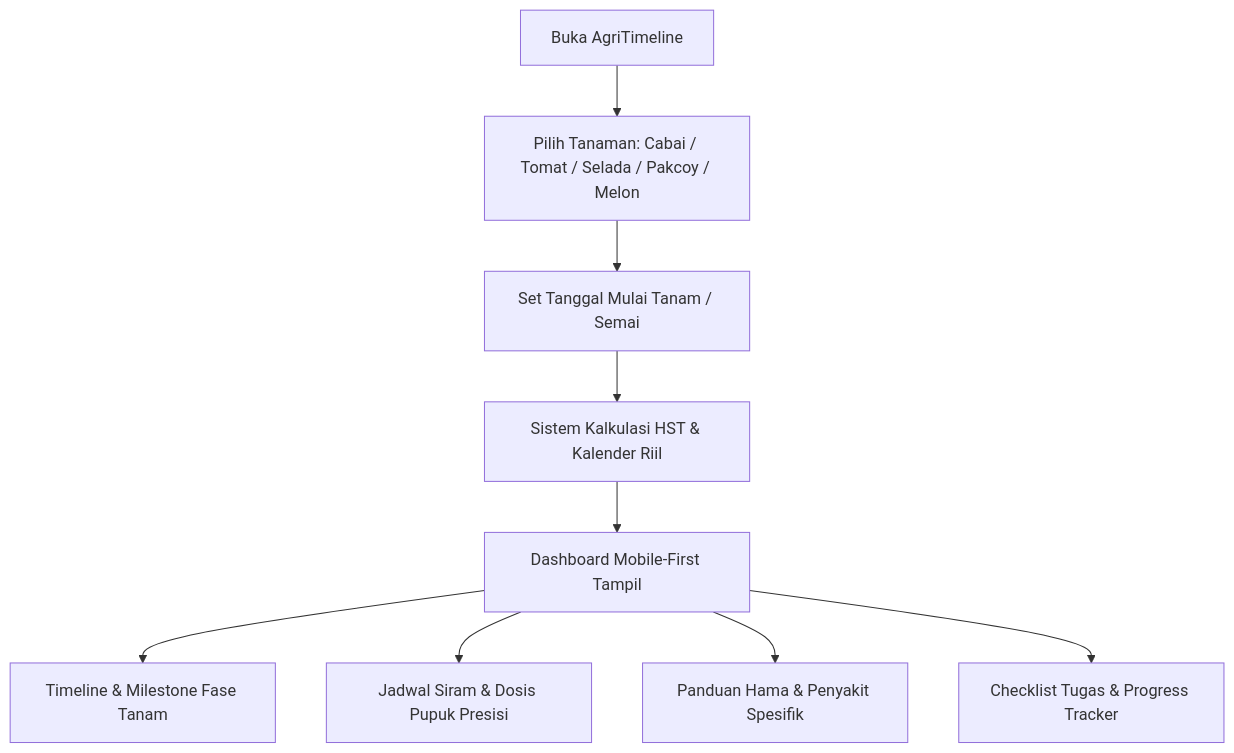
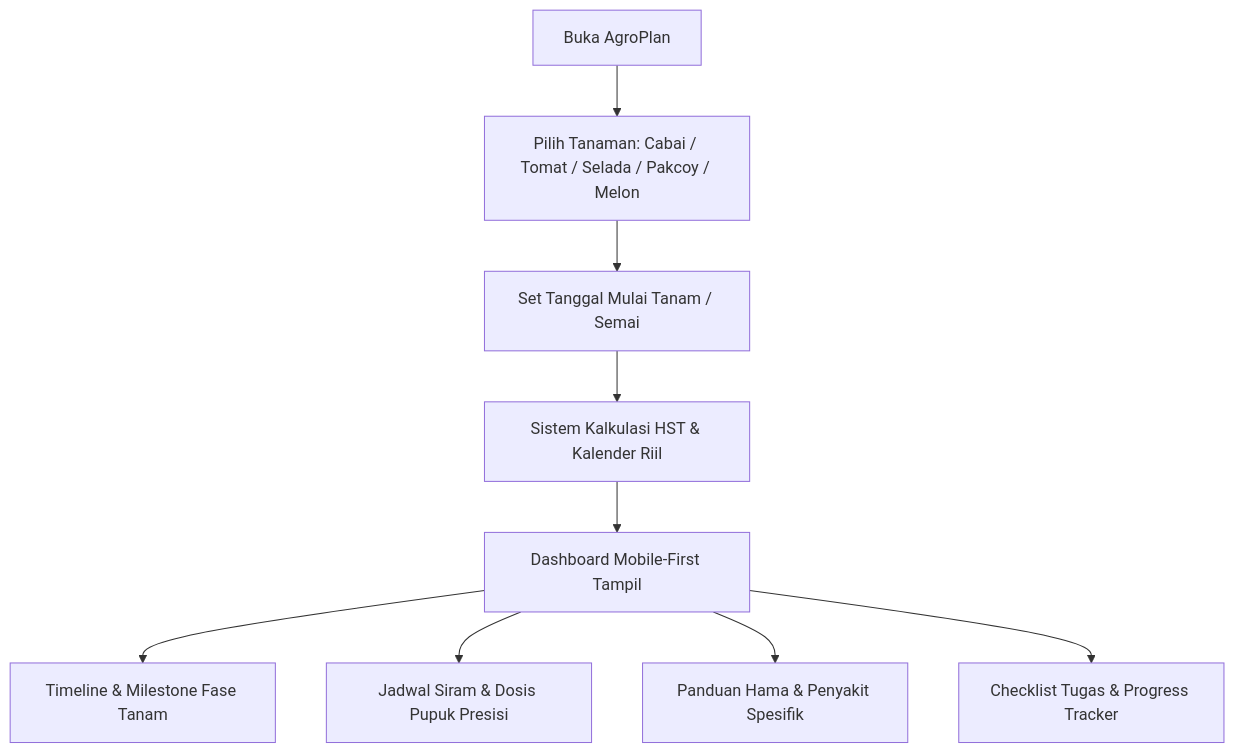
Before and after one commit to hanianjay/agroplan: the diagram in README.md, drawn with Mermaid. The commit also changed other lines of this file and 4 other files, not shown here.

````diff
--- a/README.md
+++ b/README.md
@@ -28,11 +28,11 @@
 ```mermaid
 flowchart TD
-    A[Buka AgriTimeline] --> B[Pilih Tanaman: Cabai / Tomat / Selada / Pakcoy / Melon]
+    A[Buka AgroPlan] --> B[Pilih Tanaman: Cabai / Tomat / Selada / Pakcoy / Melon]
     B --> C[Set Tanggal Mulai Tanam / Semai]
     C --> D[Sistem Kalkulasi HST & Kalender Riil]
     D --> E[Dashboard Mobile-First Tampil]
     E --> F1[Timeline & Milestone Fase Tanam]
     E --> F2[Jadwal Siram & Dosis Pupuk Presisi]
     E --> F3[Panduan Hama & Penyakit Spesifik]
     E --> F4[Checklist Tugas & Progress Tracker]
 ```
````
